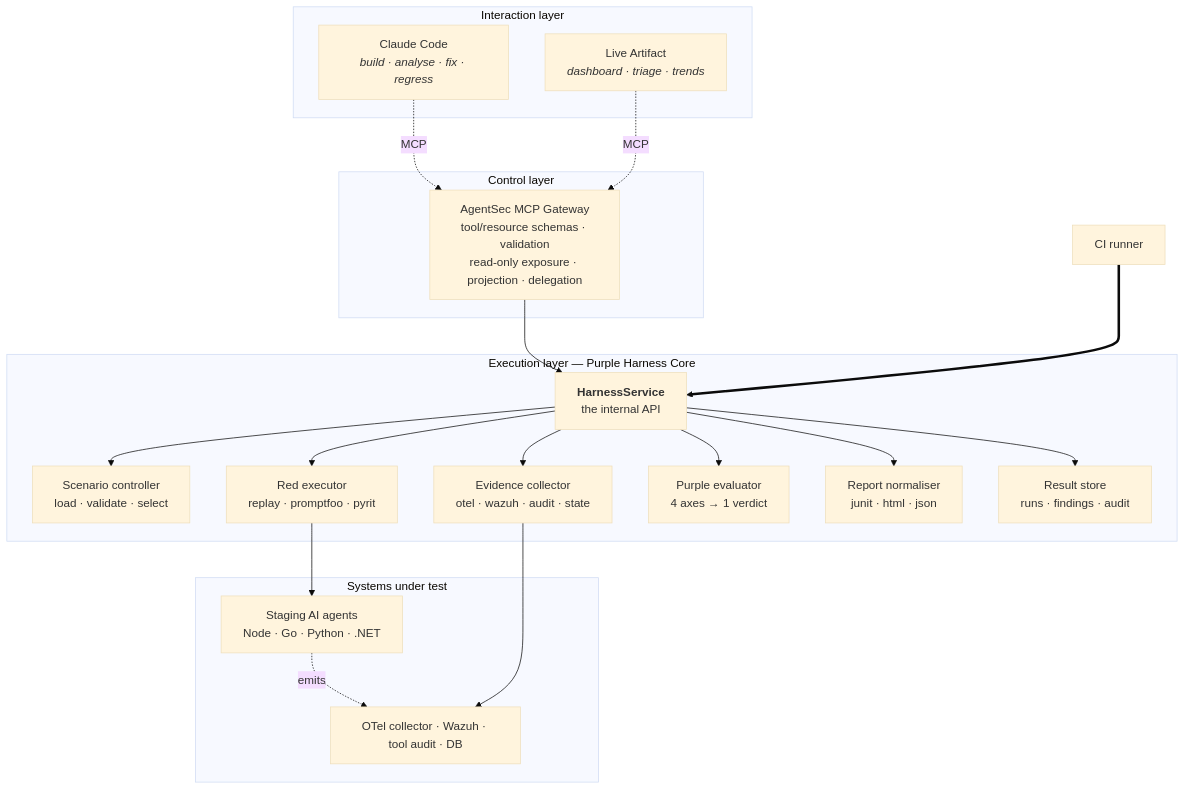
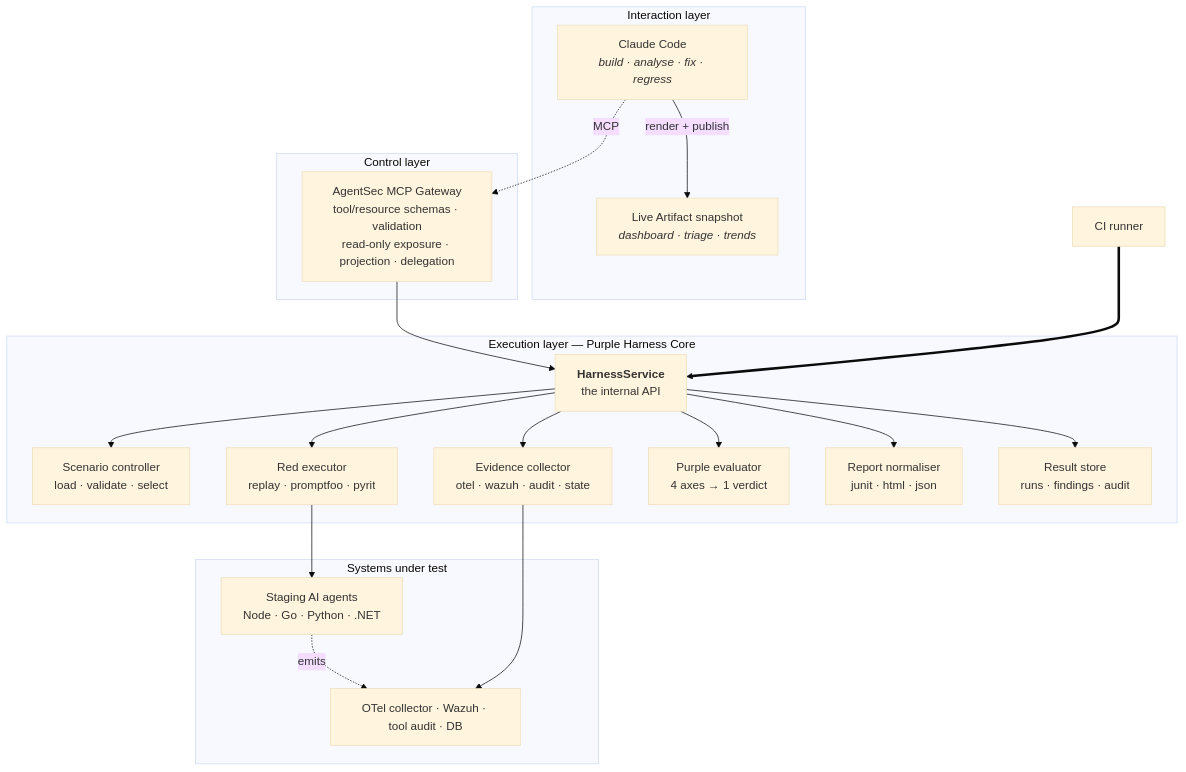
The first of 2 diagrams in docs/architecture.md (trionnemesis/AgentSec), drawn with Mermaid (base theme) before and after one commit. The commit also changed other lines of this file and 14 other files, not shown here.

Commit message:
docs(artifact): define Claude Code snapshot workflow

````diff
--- a/docs/architecture.md
+++ b/docs/architecture.md
@@ -9,37 +9,37 @@
 ```mermaid
 flowchart TD
     subgraph L1["Interaction layer"]
         CC["Claude Code<br/><i>build · analyse · fix · regress</i>"]
-        LA["Live Artifact<br/><i>dashboard · triage · trends</i>"]
+        LA["Live Artifact snapshot<br/><i>dashboard · triage · trends</i>"]
     end
 
     subgraph L2["Control layer"]
         GW["AgentSec MCP Gateway<br/>tool/resource schemas · validation<br/>read-only exposure · projection · delegation"]
     end
 
     subgraph L3["Execution layer — Purple Harness Core"]
         SVC["<b>HarnessService</b><br/>the internal API"]
         SC["Scenario controller<br/>load · validate · select"]
         RX["Red executor<br/>replay · promptfoo · pyrit"]
         EC["Evidence collector<br/>otel · wazuh · audit · state"]
         PE["Purple evaluator<br/>4 axes → 1 verdict"]
         RN["Report normaliser<br/>junit · html · json"]
         ST["Result store<br/>runs · findings · audit"]
     end
 
     subgraph L4["Systems under test"]
         AG["Staging AI agents<br/>Node · Go · Python · .NET"]
         TEL["OTel collector · Wazuh · tool audit · DB"]
     end
 
     CI["CI runner"]
 
     CC -. MCP .-> GW
-    LA -. MCP .-> GW
+    CC -->|render + publish| LA
     GW --> SVC
     CI ==> SVC
     SVC --> SC & RX & EC & PE & RN & ST
     RX --> AG
     AG -. emits .-> TEL
     EC --> TEL
 ```
````
